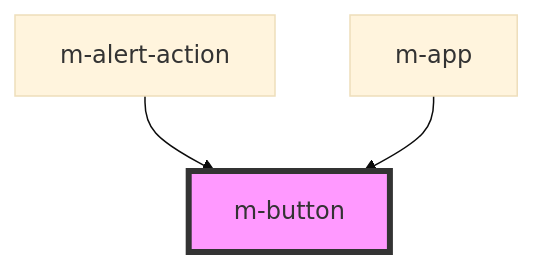
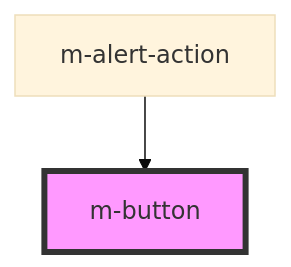
The diagram in design-system/src/components/m-button/readme.md (dynamic-framework/dynamic-ui), drawn with Mermaid (base theme) before and after one commit. The commit also changed other lines of this file and 26 other files, not shown here.

````diff
--- a/design-system/src/components/m-button/readme.md
+++ b/design-system/src/components/m-button/readme.md
@@ -39,6 +35,5 @@
 ```mermaid
 graph TD;
   m-alert-action --> m-button
-  m-app --> m-button
   style m-button fill:#f9f,stroke:#333,stroke-width:4px
 ```
````
